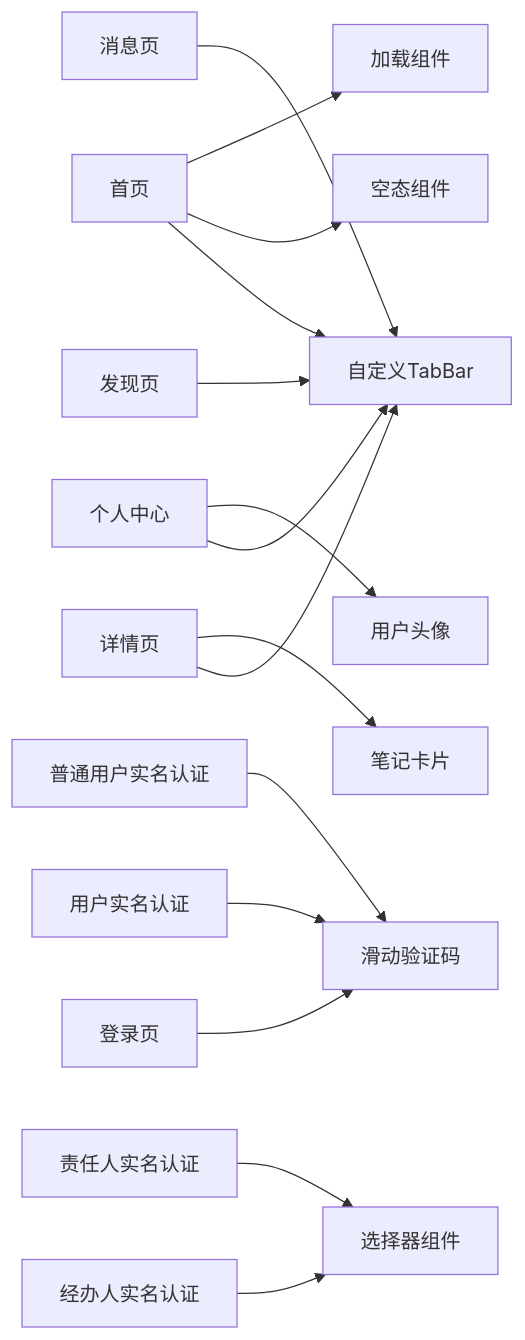
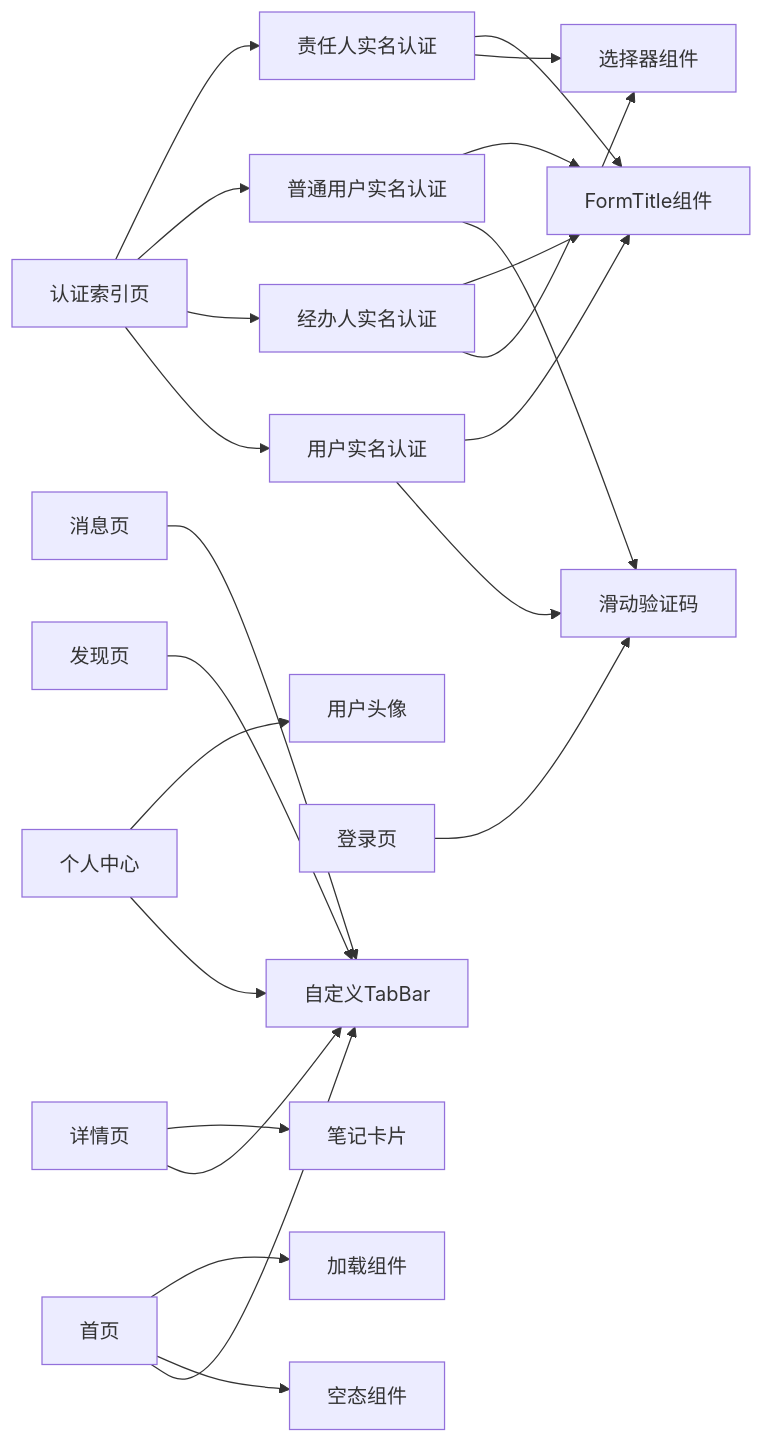
Diagram 13 of 13 in .qoder/repowiki/zh/content/页面组件.md (zuolinbao/redbook), drawn with Mermaid before and after one commit. The commit also changed other lines of this file and 10 other files, not shown here.

````diff
--- a/.qoder/repowiki/zh/content/页面组件.md
+++ b/.qoder/repowiki/zh/content/页面组件.md
@@ -538,17 +611,25 @@
 ```mermaid
 graph LR
+INDEX["认证索引页"] --> USERREALNAME["用户实名认证"]
+INDEX --> OPERATORREALNAME["经办人实名认证"]
+INDEX --> ORDINARYUSERREALNAME["普通用户实名认证"]
+INDEX --> RESPONSIBLEREALNAME["责任人实名认证"]
 HOME["首页"] --> TAB["自定义TabBar"]
 DETAIL["详情页"] --> TAB
 PROFILE["个人中心"] --> TAB
 DISCOVER["发现页"] --> TAB
 MESSAGE["消息页"] --> TAB
 LOGIN["登录页"] --> SLIDER["滑动验证码"]
 HOME --> EMPTY["空态组件"]
 HOME --> LOAD["加载组件"]
 DETAIL --> CARD["笔记卡片"]
 PROFILE --> AVA["用户头像"]
-USERREALNAME["用户实名认证"] --> SLIDER
-OPERATORREALNAME["经办人实名认证"] --> PICKER["选择器组件"]
-ORDINARYUSERREALNAME["普通用户实名认证"] --> SLIDER
-RESPONSIBLEREALNAME["责任人实名认证"] --> PICKER
+USERREALNAME --> SLIDER
+USERREALNAME --> FORMTITLE["FormTitle组件"]
+OPERATORREALNAME --> PICKER["选择器组件"]
+OPERATORREALNAME --> FORMTITLE
+ORDINARYUSERREALNAME --> SLIDER
+ORDINARYUSERREALNAME --> FORMTITLE
+RESPONSIBLEREALNAME --> PICKER
+RESPONSIBLEREALNAME --> FORMTITLE
 ```
````
